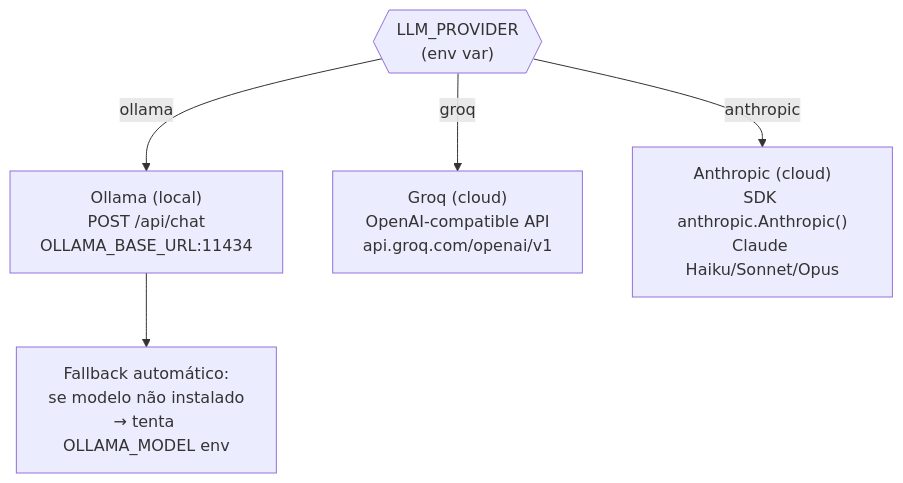
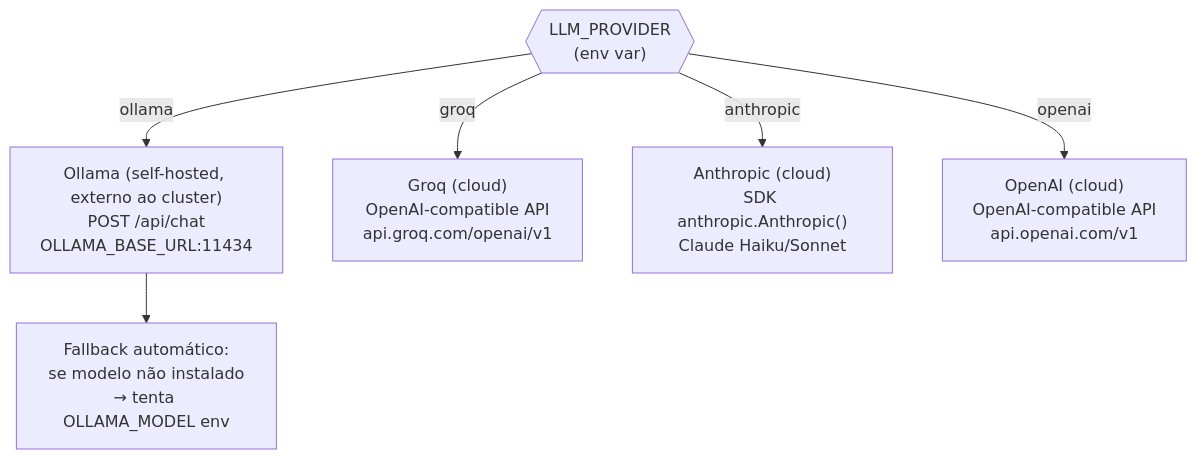
Before and after one commit to tarcisioribeiro/Axiom: the fifth of 8 diagrams in documentation/backend/agents.md, drawn with Mermaid. The commit also changed other lines of this file and 50 other files, not shown here.

````diff
--- a/documentation/backend/agents.md
+++ b/documentation/backend/agents.md
@@ -232,9 +237,10 @@
 ```mermaid
 flowchart TD
     ENV{{"LLM_PROVIDER\n(env var)"}}
-    ENV -->|ollama| OLL["Ollama (local)\nPOST /api/chat\nOLLAMA_BASE_URL:11434"]
+    ENV -->|ollama| OLL["Ollama (self-hosted, externo ao cluster)\nPOST /api/chat\nOLLAMA_BASE_URL:11434"]
     ENV -->|groq| GRQ["Groq (cloud)\nOpenAI-compatible API\napi.groq.com/openai/v1"]
-    ENV -->|anthropic| ANT["Anthropic (cloud)\nSDK anthropic.Anthropic()\nClaude Haiku/Sonnet/Opus"]
+    ENV -->|anthropic| ANT["Anthropic (cloud)\nSDK anthropic.Anthropic()\nClaude Haiku/Sonnet"]
+    ENV -->|openai| OAI["OpenAI (cloud)\nOpenAI-compatible API\napi.openai.com/v1"]
 
     OLL --> FB["Fallback automático:\nse modelo não instalado\n→ tenta OLLAMA_MODEL env"]
 ```
````
